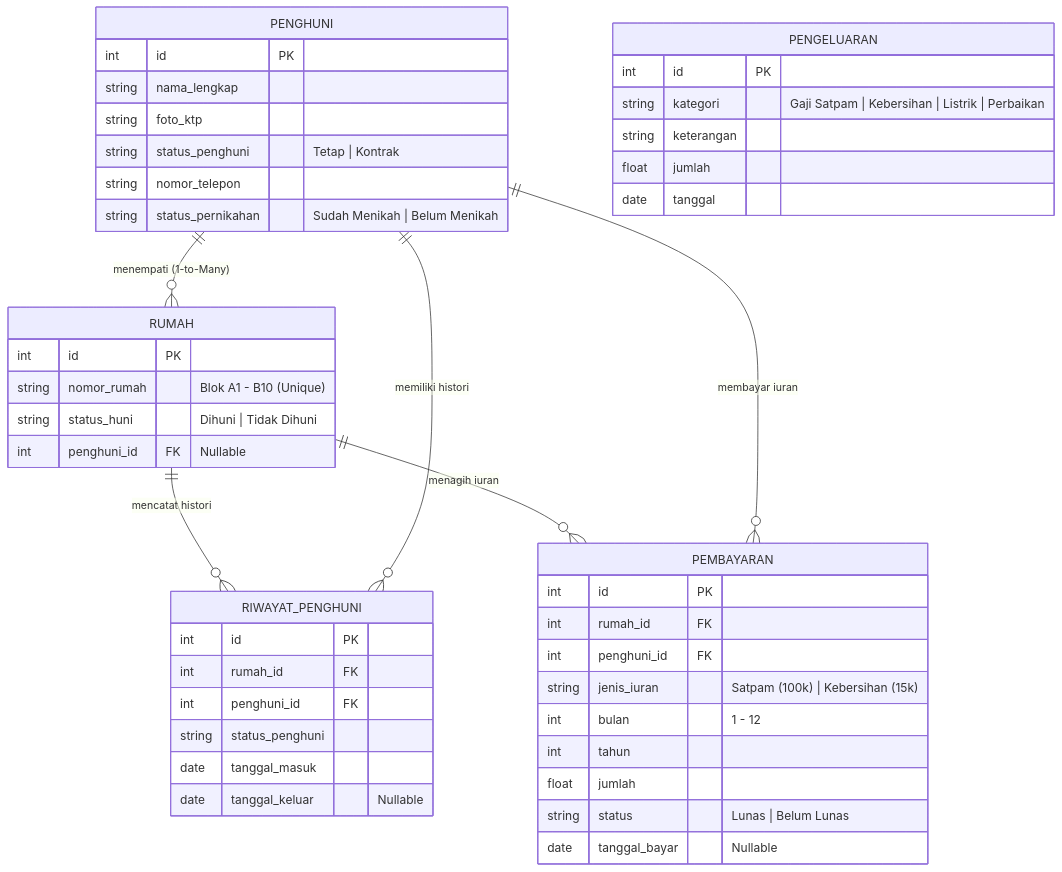
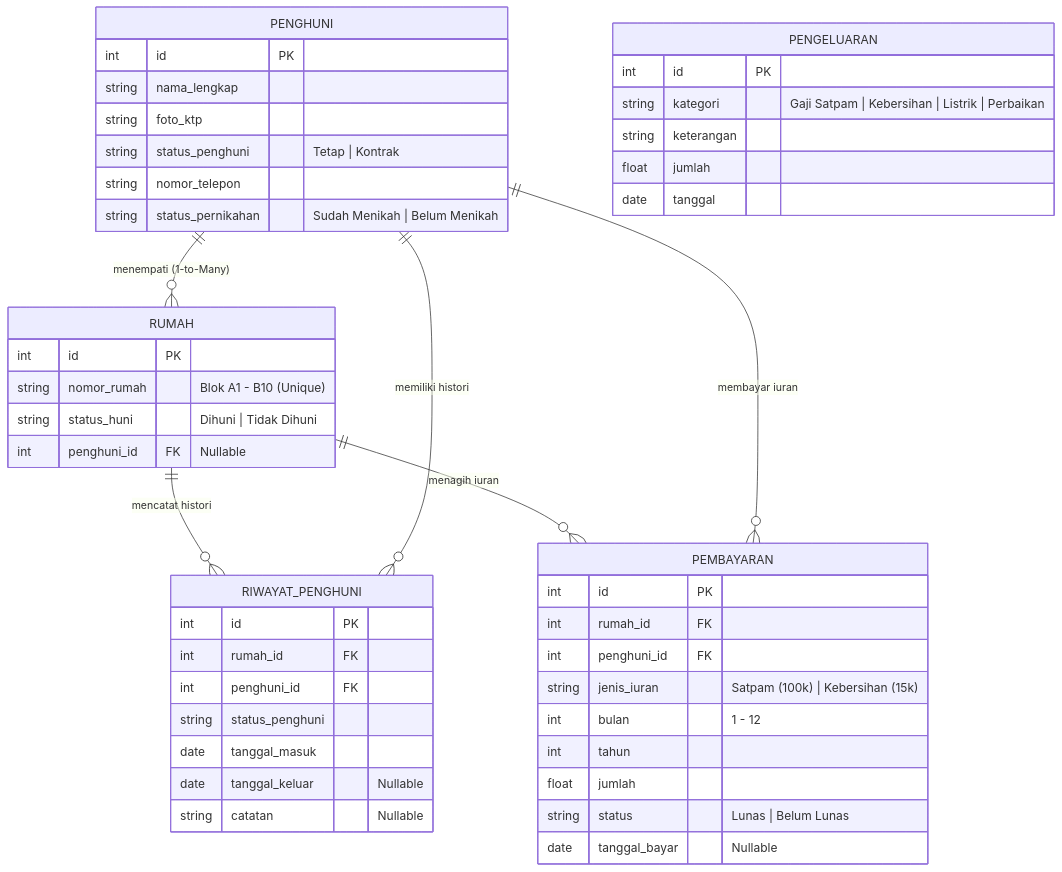
The diagram in README.md (alberic13/system-RT), drawn with Mermaid before and after one commit. The commit also changed other lines of this file, not shown here.

````diff
--- a/README.md
+++ b/README.md
@@ -27,53 +27,54 @@
 ```mermaid
 erDiagram
     PENGHUNI {
         int id PK
         string nama_lengkap
         string foto_ktp
         string status_penghuni "Tetap | Kontrak"
         string nomor_telepon
         string status_pernikahan "Sudah Menikah | Belum Menikah"
     }
 
     RUMAH {
         int id PK
         string nomor_rumah "Blok A1 - B10 (Unique)"
         string status_huni "Dihuni | Tidak Dihuni"
         int penghuni_id FK "Nullable"
     }
 
     RIWAYAT_PENGHUNI {
         int id PK
         int rumah_id FK
         int penghuni_id FK
         string status_penghuni
         date tanggal_masuk
         date tanggal_keluar "Nullable"
+        string catatan "Nullable"
     }
 
     PEMBAYARAN {
         int id PK
         int rumah_id FK
         int penghuni_id FK
         string jenis_iuran "Satpam (100k) | Kebersihan (15k)"
         int bulan "1 - 12"
         int tahun
         float jumlah
         string status "Lunas | Belum Lunas"
         date tanggal_bayar "Nullable"
     }
 
     PENGELUARAN {
         int id PK
         string kategori "Gaji Satpam | Kebersihan | Listrik | Perbaikan"
         string keterangan
         float jumlah
         date tanggal
     }
 
     PENGHUNI ||--o{ RUMAH : "menempati (1-to-Many)"
     RUMAH ||--o{ RIWAYAT_PENGHUNI : "mencatat histori"
     PENGHUNI ||--o{ RIWAYAT_PENGHUNI : "memiliki histori"
     RUMAH ||--o{ PEMBAYARAN : "menagih iuran"
     PENGHUNI ||--o{ PEMBAYARAN : "membayar iuran"
 ```
````
